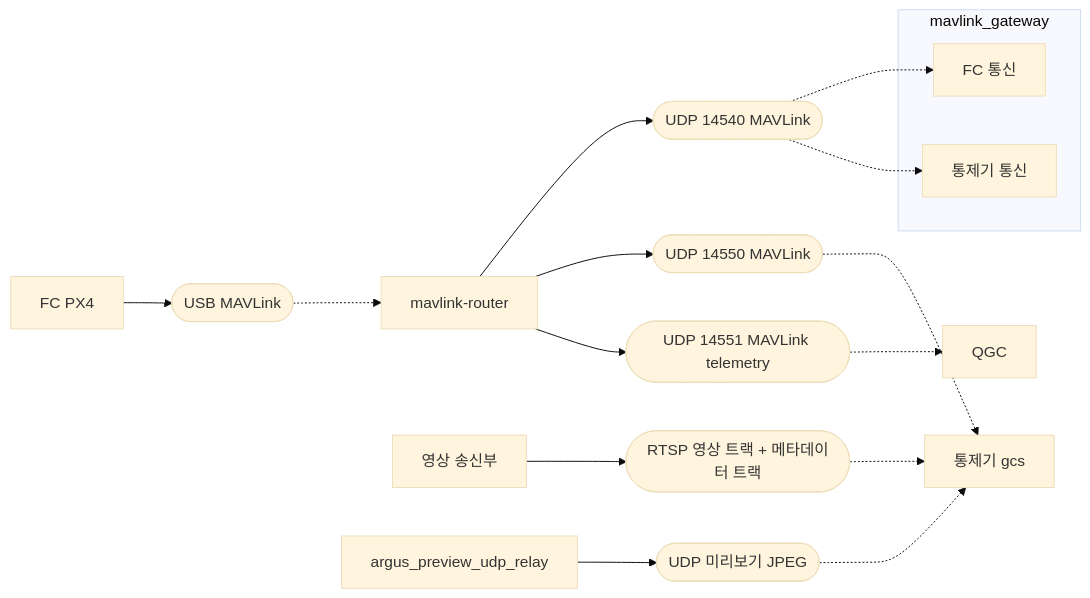
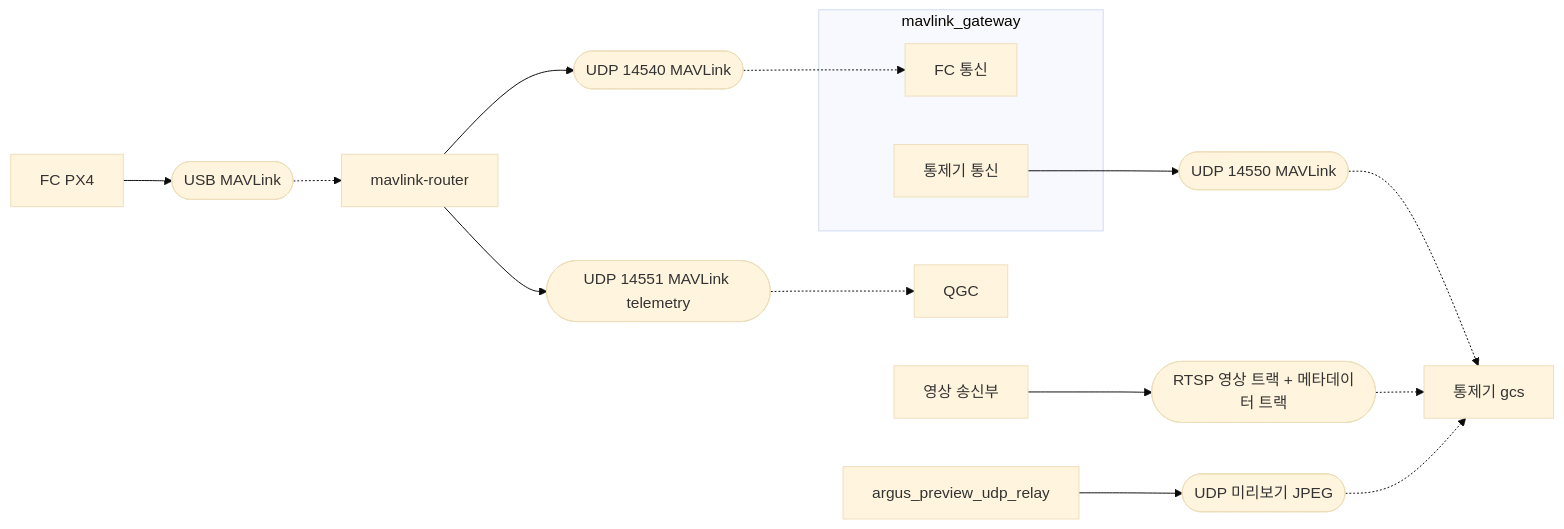
Before and after one commit to lig-argus/argus-edge-vision: the fourth of 4 diagrams in docs/design/uml/component.md, drawn with Mermaid (base theme). The commit also changed other lines of this file and 8 other files, not shown here.

````diff
--- a/docs/design/uml/component.md
+++ b/docs/design/uml/component.md
@@ -115,34 +115,33 @@
 ```mermaid
 flowchart LR
     FC[FC PX4]
     router[mavlink-router]
     subgraph mavlink_gateway [mavlink_gateway]
         fc_link[FC 통신]
         gcs_link[통제기 통신]
     end
     vtx[영상 송신부]
     relay[argus_preview_udp_relay]
     gcs[통제기 gcs]
     qgc[QGC]
 
     i_usb([USB MAVLink])
     i_14540([UDP 14540 MAVLink])
     i_14550([UDP 14550 MAVLink])
     i_14551([UDP 14551 MAVLink telemetry])
     i_rtsp([RTSP 영상 트랙 + 메타데이터 트랙])
     i_preview([UDP 미리보기 JPEG])
 
     FC --> i_usb
     i_usb -.-> router
     router --> i_14540
-    router --> i_14550
+    gcs_link --> i_14550
     router --> i_14551
     i_14540 -.-> fc_link
-    i_14540 -.-> gcs_link
     i_14550 -.-> gcs
     i_14551 -.-> qgc
     vtx --> i_rtsp
     i_rtsp -.-> gcs
     relay --> i_preview
     i_preview -.-> gcs
 ```
````
